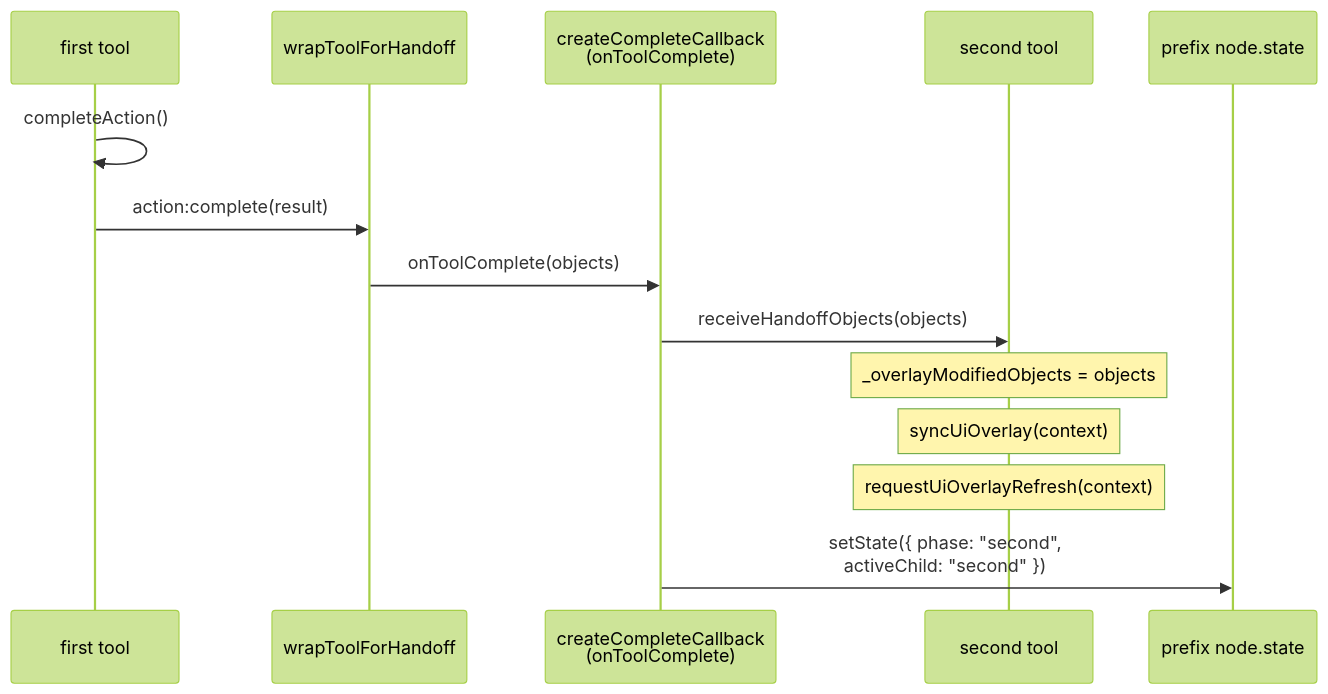
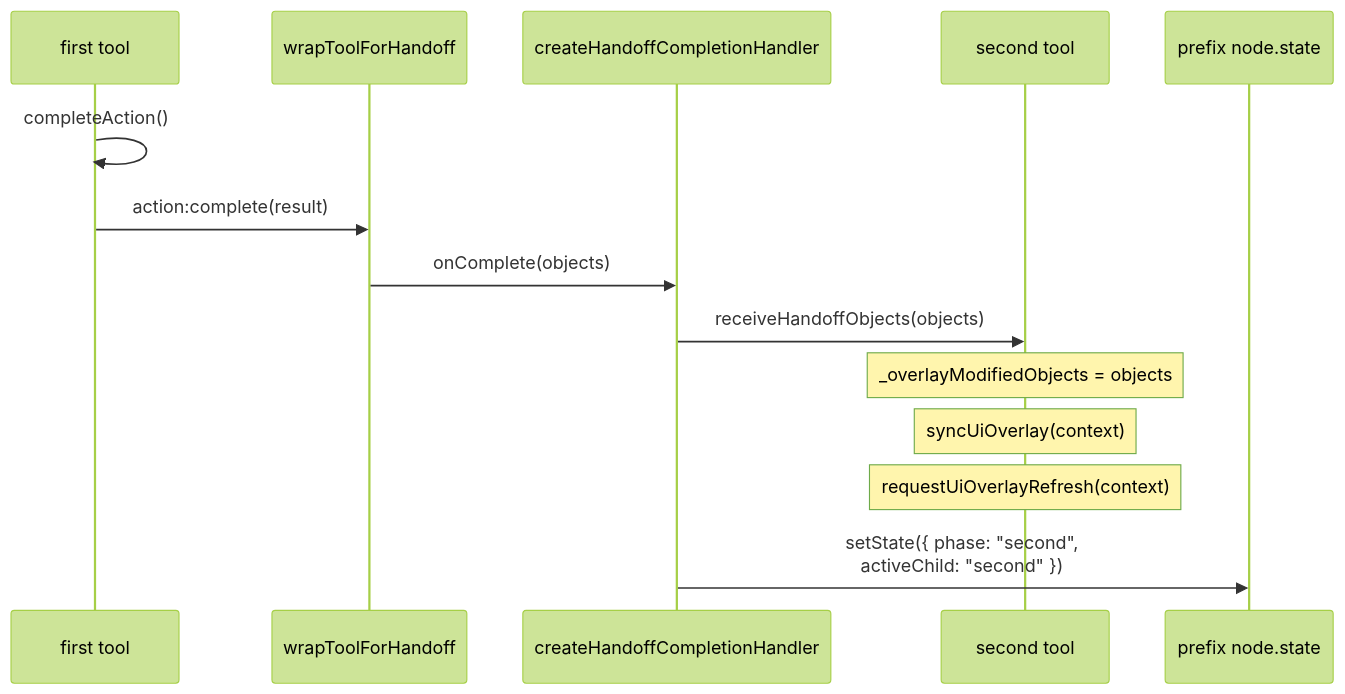
Before and after one commit to Frank-Steven/HoundWhiteboard: the second of 3 diagrams in src/core/ui-thread/devices-dag/prefixes/docs/handoff-handler-document.md, drawn with Mermaid (forest theme). The commit also changed other lines of this file and 29 other files, not shown here.

````diff
--- a/src/core/ui-thread/devices-dag/prefixes/docs/handoff-handler-document.md
+++ b/src/core/ui-thread/devices-dag/prefixes/docs/handoff-handler-document.md
@@ -47,17 +47,17 @@
 ```mermaid
 sequenceDiagram
     participant First as first tool
     participant Wrap as wrapToolForHandoff
-    participant Cb as createCompleteCallback<br/>(onToolComplete)
+    participant Cb as createHandoffCompletionHandler
     participant Second as second tool
     participant Prefix as prefix node.state
 
     First->>First: completeAction()
     First->>Wrap: action:complete(result)
-    Wrap->>Cb: onToolComplete(objects)
+    Wrap->>Cb: onComplete(objects)
     Cb->>Second: receiveHandoffObjects(objects)
     Note over Second: _overlayModifiedObjects = objects
     Note over Second: syncUiOverlay(context)
     Note over Second: requestUiOverlayRefresh(context)
     Cb->>Prefix: setState({ phase: "second",<br/>activeChild: "second" })
 ```
````
